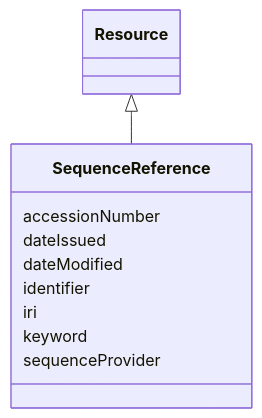
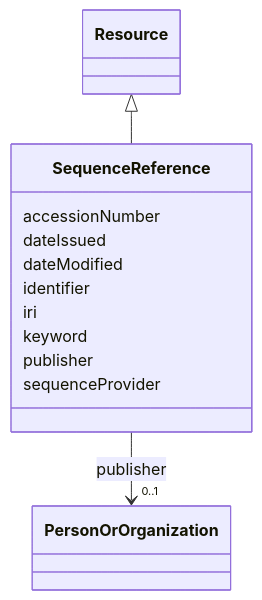
The diagram in models/docs/SequenceReference.md (EVORA-project/evora-ontology), drawn with Mermaid before and after one commit. The commit also changed other lines of this file and 468 other files, not shown here.

````diff
--- a/models/docs/SequenceReference.md
+++ b/models/docs/SequenceReference.md
@@ -19,23 +19,32 @@
 ```mermaid
  classDiagram
     class SequenceReference
     click SequenceReference href "../SequenceReference"
       Resource <|-- SequenceReference
         click Resource href "../Resource"
       
       SequenceReference : accessionNumber
         
       SequenceReference : dateIssued
         
       SequenceReference : dateModified
         
       SequenceReference : identifier
         
       SequenceReference : iri
         
       SequenceReference : keyword
         
+      SequenceReference : publisher
+        
+          
+    
+    
+    SequenceReference --> "0..1" PersonOrOrganization : publisher
+    click PersonOrOrganization href "../PersonOrOrganization"
+
+        
       SequenceReference : sequenceProvider
         
       
 ```
````
